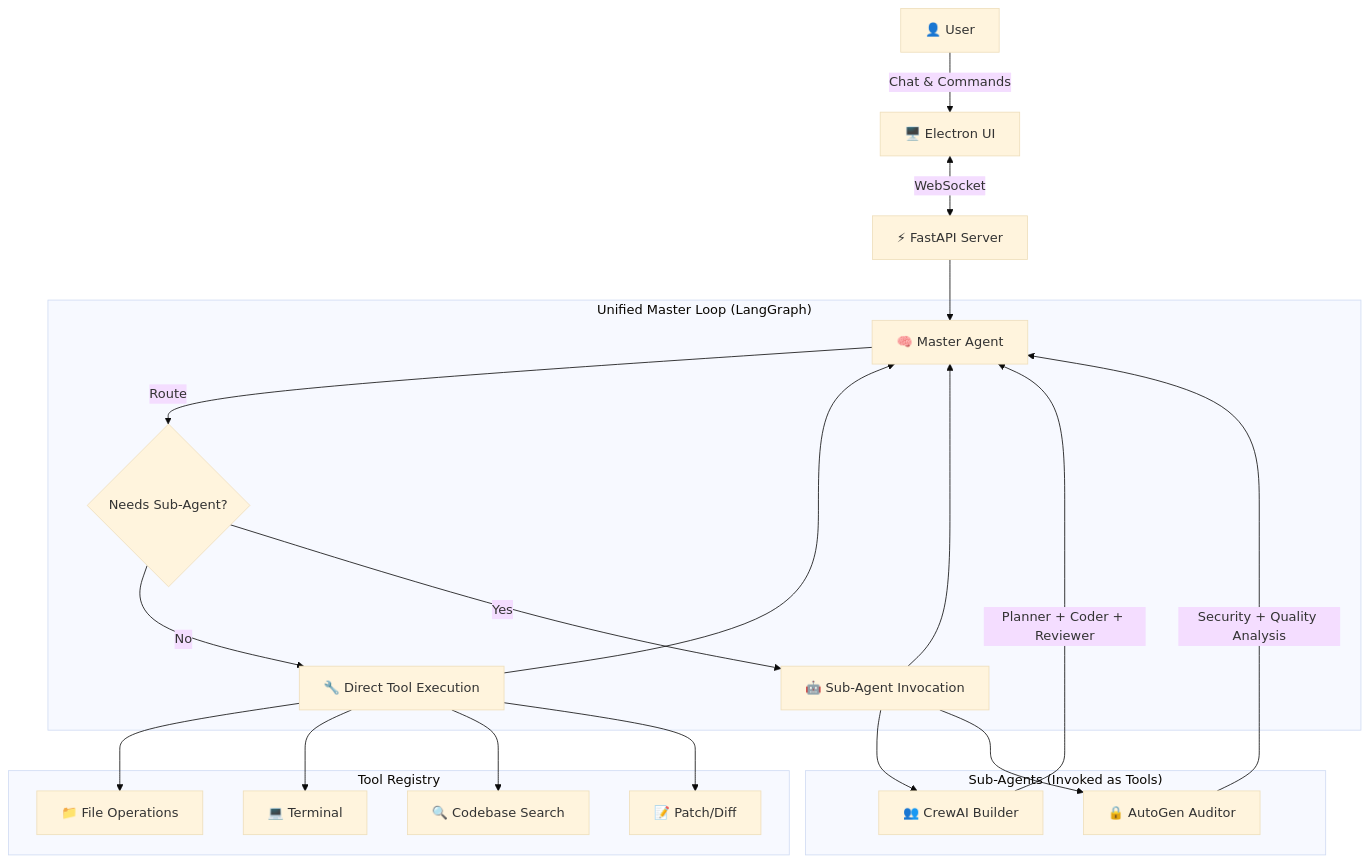
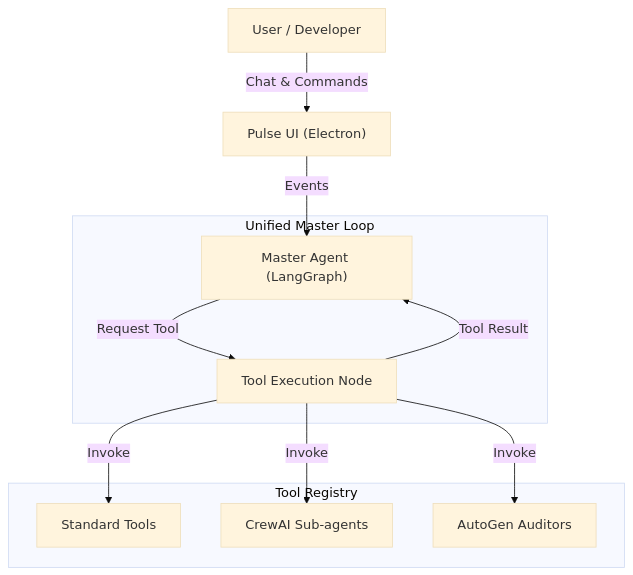
One commit to Kathan03/Pulse-Agentic_IDE changed the diagram in README.md. Above: the diagram before and after it, drawn with Mermaid (base theme). The commit also changed other lines of this file, not shown here.

````diff
--- a/README.md
+++ b/README.md
@@ -129,29 +116,16 @@
 ```mermaid
 graph TD
-    User["👤 User"] -->|Chat & Commands| UI["🖥️ Electron UI"]
-    UI <-->|WebSocket| Server["⚡ FastAPI Server"]
-    Server --> Master["🧠 Master Agent"]
+    User["User / Developer"] -->|Chat & Commands| UI["Pulse UI (Electron)"]
+    UI -->|Events| Master["Master Agent (LangGraph)"]
 
-    subgraph "Unified Master Loop (LangGraph)"
-        Master -->|Route| Decision{Needs Sub-Agent?}
-        Decision -->|No| Tools["🔧 Direct Tool Execution"]
-        Decision -->|Yes| SubAgents["🤖 Sub-Agent Invocation"]
-        Tools --> Master
-        SubAgents --> Master
+    subgraph "Unified Master Loop"
+        Master -->|Request Tool| Exec["Tool Execution Node"]
+        Exec -->|Tool Result| Master
     end
 
     subgraph "Tool Registry"
-        Tools --> FileOps["📁 File Operations"]
-        Tools --> Terminal["💻 Terminal"]
-        Tools --> Search["🔍 Codebase Search"]
-        Tools --> Patch["📝 Patch/Diff"]
+        Exec -->|Invoke| Tools["Standard Tools"]
+        Exec -->|Invoke| Crew["CrewAI Sub-agents"]
+        Exec -->|Invoke| AutoGen["AutoGen Auditors"]
     end
-
-    subgraph "Sub-Agents (Invoked as Tools)"
-        SubAgents --> CrewAI["👥 CrewAI Builder"]
-        SubAgents --> AutoGen["🔒 AutoGen Auditor"]
-    end
-
-    CrewAI --> |Planner + Coder + Reviewer| Master
-    AutoGen --> |Security + Quality Analysis| Master
 ```
````
